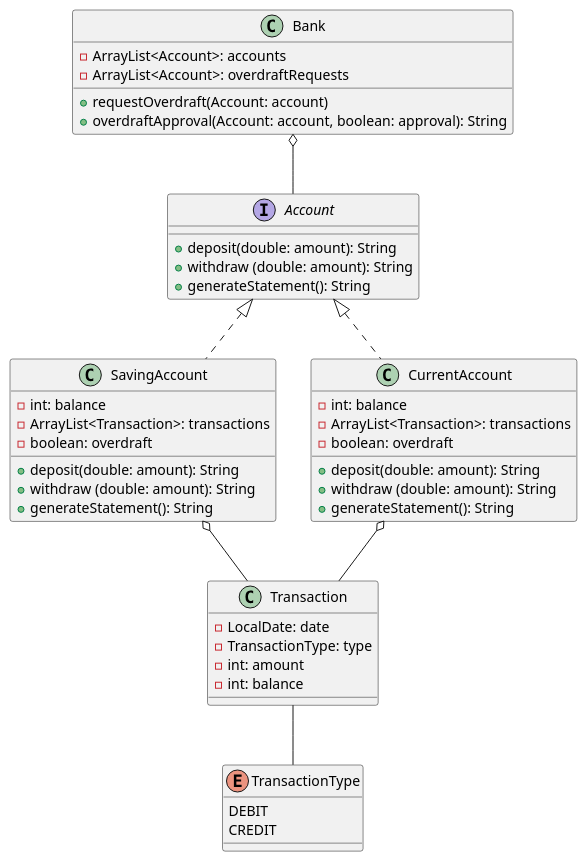
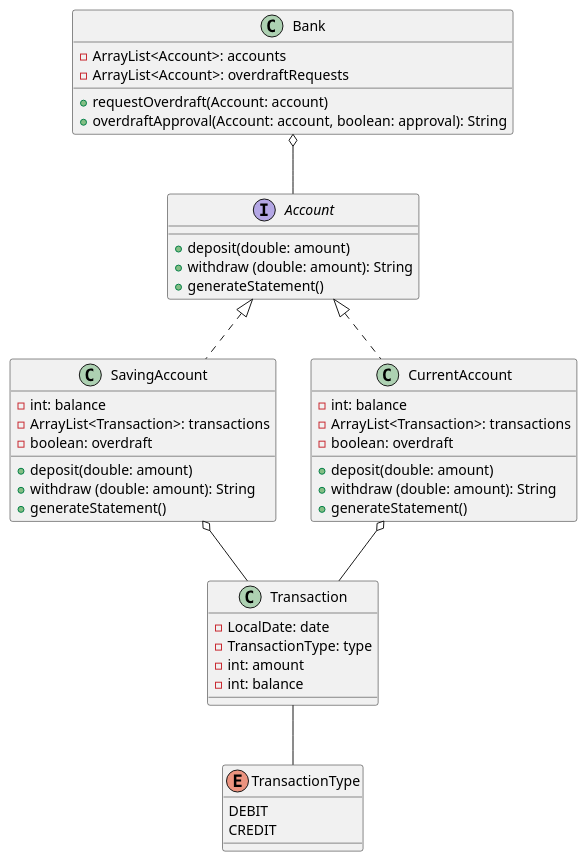
Before and after one commit to boolean-uk/java-tdd-oop-bank-challenge: the diagram in CLASS-DIAGRAM.puml, drawn with PlantUML. The commit also changed 1 other file, not shown here.

Commit message:
Updated domain model and class diagram

```diff
--- a/CLASS-DIAGRAM.puml
+++ b/CLASS-DIAGRAM.puml
@@ -1,70 +1,70 @@
 @startuml
 'https://plantuml.com/class-diagram
 '
 'abstract class AbstractList
 'abstract AbstractCollection
 'interface List
 'interface Collection
 '
 'List <|-- AbstractList
 'Collection <|-- AbstractCollection
 '
 'Collection <|- List
 'AbstractCollection <|- AbstractList
 'AbstractList <|-- ArrayList
 '
 'class ArrayList {
 'Object[] elementData
 'size()
 '}
 '
 'enum TimeUnit {
 'DAYS
 'HOURS
 'MINUTES
 '}
 Account <|..SavingAccount
 Account <|..CurrentAccount
 Transaction -- TransactionType
 Bank o-- Account
 SavingAccount o-- Transaction
 CurrentAccount o-- Transaction
 
 interface Account{
-+ deposit(double: amount): String
++ deposit(double: amount)
 + withdraw (double: amount): String
-+ generateStatement(): String
++ generateStatement()
 }
 class SavingAccount{
 - int: balance
 - ArrayList<Transaction>: transactions
 - boolean: overdraft
-+ deposit(double: amount): String
++ deposit(double: amount)
 + withdraw (double: amount): String
-+ generateStatement(): String
++ generateStatement()
 }
 class CurrentAccount{
 - int: balance
 - ArrayList<Transaction>: transactions
 - boolean: overdraft
-+ deposit(double: amount): String
++ deposit(double: amount)
 + withdraw (double: amount): String
-+ generateStatement(): String
++ generateStatement()
 }
 class Bank {
 - ArrayList<Account>: accounts
 - ArrayList<Account>: overdraftRequests
 + requestOverdraft(Account: account)
 + overdraftApproval(Account: account, boolean: approval): String
 }
 class Transaction{
 - LocalDate: date
 - TransactionType: type
 - int: amount
 - int: balance
 }
 enum TransactionType{
 DEBIT
 CREDIT
 }
 @enduml
```
